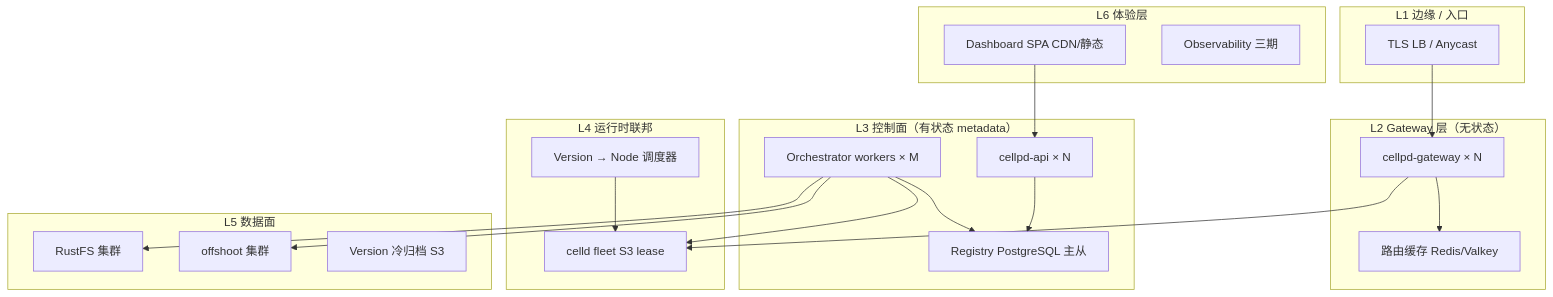
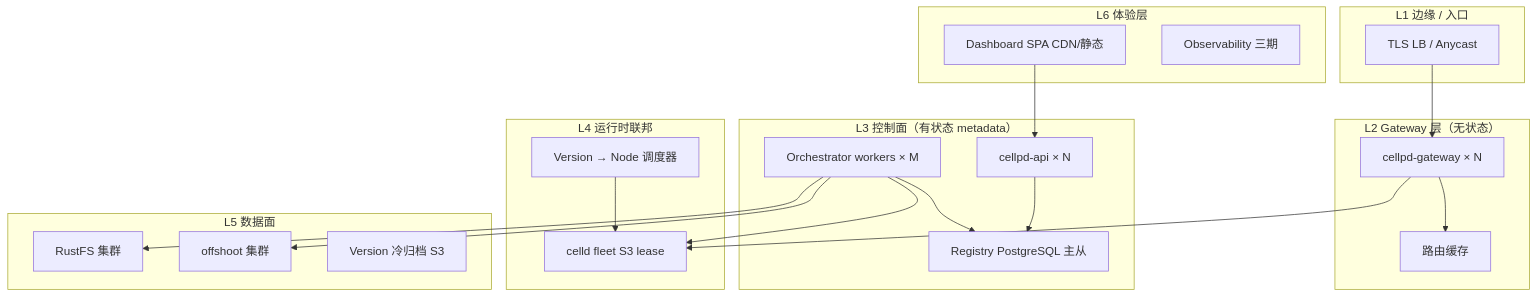
The second of 4 diagrams in docs/plans/phase-6-scale-10m-master.md (KonghaYao/cellp), drawn with Mermaid before and after one commit. The commit also changed other lines of this file and 100 other files, not shown here.

````diff
--- a/docs/plans/phase-6-scale-10m-master.md
+++ b/docs/plans/phase-6-scale-10m-master.md
@@ -99,44 +99,44 @@
 ```mermaid
 flowchart TB
   subgraph edge ["L1 边缘 / 入口"]
     LB["TLS LB / Anycast"]
   end
 
   subgraph gw ["L2 Gateway 层（无状态）"]
     GW1["cellpd-gateway × N"]
-    RC["路由缓存 Redis/Valkey"]
+    RC["路由缓存"]
   end
 
   subgraph cp ["L3 控制面（有状态 metadata）"]
     API["cellpd-api × N"]
     ORCH["Orchestrator workers × M"]
     REG["Registry PostgreSQL 主从"]
   end
 
   subgraph rt ["L4 运行时联邦"]
     FLEET["celld fleet S3 lease"]
     SCHED["Version → Node 调度器"]
   end
 
   subgraph data ["L5 数据面"]
     OBJ["RustFS 集群"]
     OS["offshoot 集群"]
     ARCH["Version 冷归档 S3"]
   end
 
   subgraph ui ["L6 体验层"]
     DASH["Dashboard SPA CDN/静态"]
     OTEL["Observability 三期"]
   end
 
   LB --> GW1
   GW1 --> RC
   GW1 --> FLEET
   API --> REG
   ORCH --> REG
   ORCH --> OBJ
   ORCH --> OS
   ORCH --> FLEET
   SCHED --> FLEET
   DASH --> API
 ```
````
